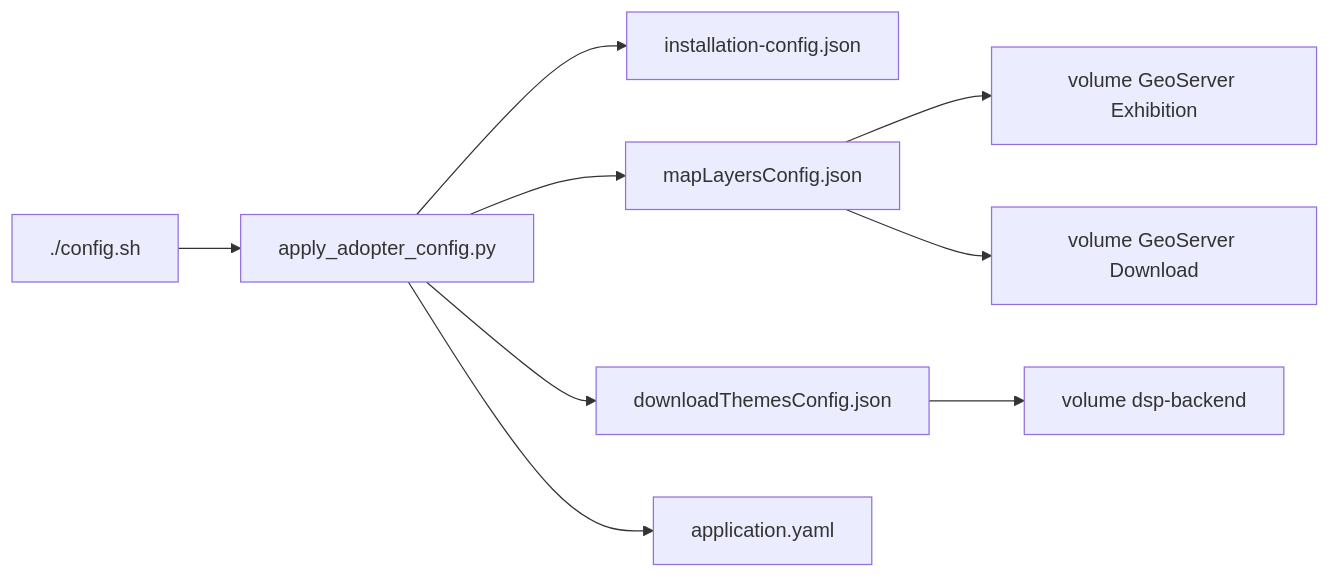
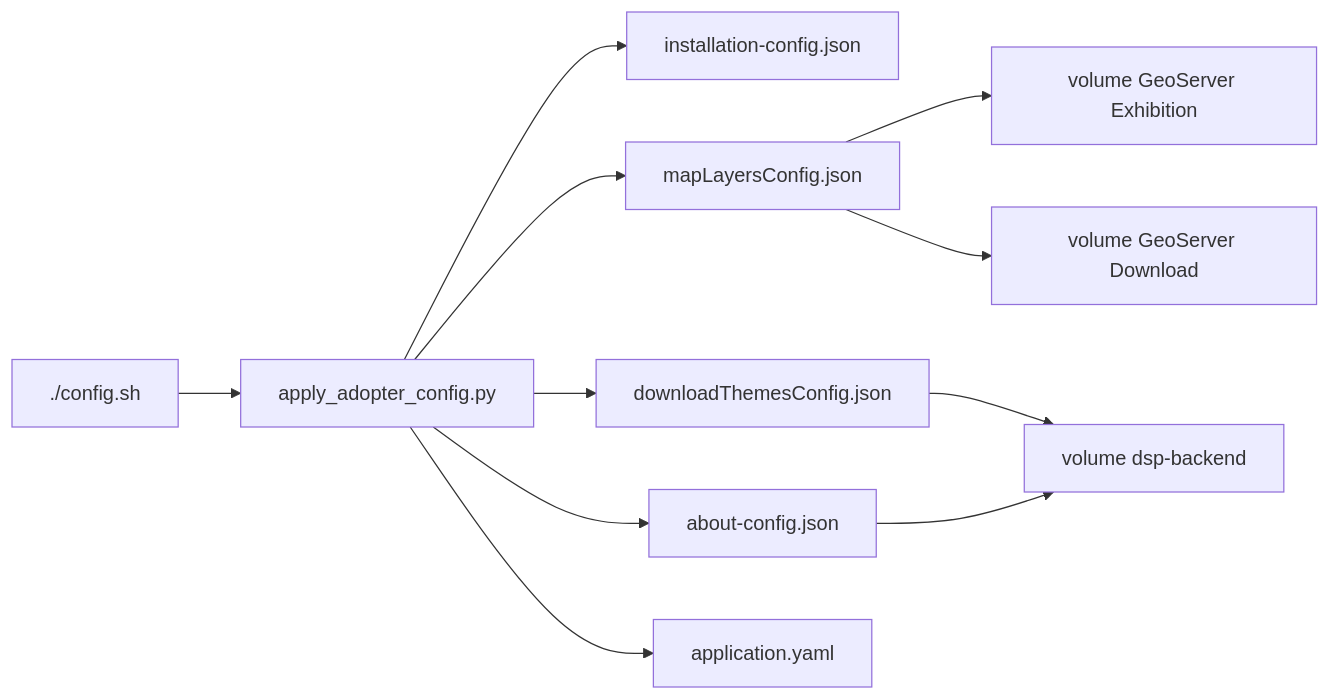
One commit to kleber-albino/rer-dsp-docs changed the third of 3 diagrams in docs/modules/core.md. Above: the diagram before and after it, drawn with Mermaid. The commit also changed other lines of this file and 3 other files, not shown here.

````diff
--- a/docs/modules/core.md
+++ b/docs/modules/core.md
@@ -167,11 +190,13 @@
 ```mermaid
 flowchart LR
   configSh["./config.sh"] --> apply["apply_adopter_config.py"]
   apply --> installJson["installation-config.json"]
   apply --> mapJson["mapLayersConfig.json"]
   apply --> downloadJson["downloadThemesConfig.json"]
+  apply --> aboutJson["about-config.json"]
   apply --> appYaml["application.yaml"]
   downloadJson --> backendVol["volume dsp-backend"]
+  aboutJson --> backendVol
   mapJson --> geoserverExVol["volume GeoServer Exhibition"]
   mapJson --> geoserverDlVol["volume GeoServer Download"]
 ```
````
